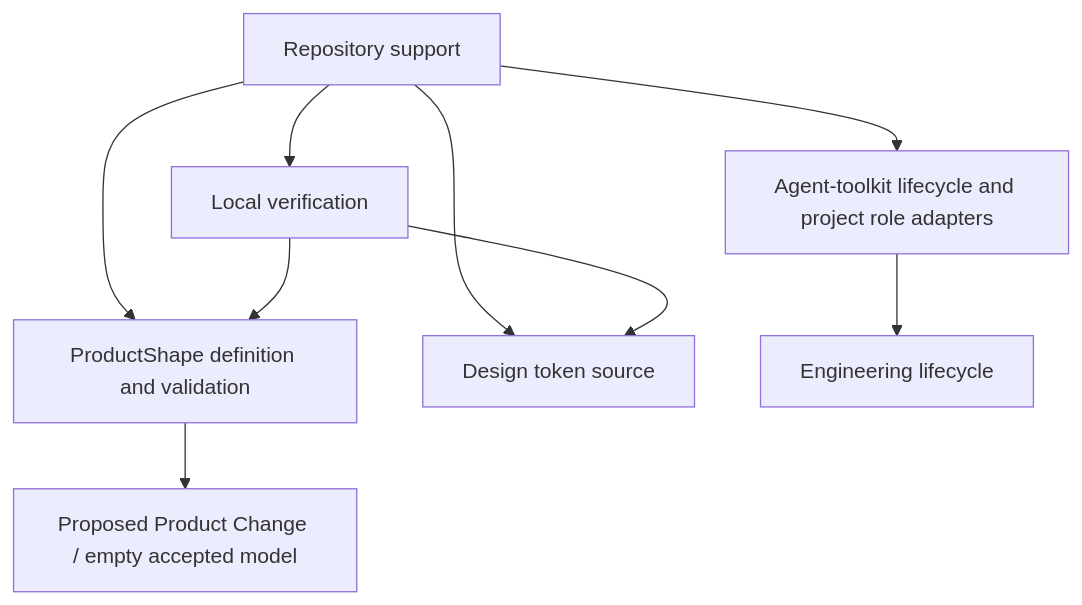
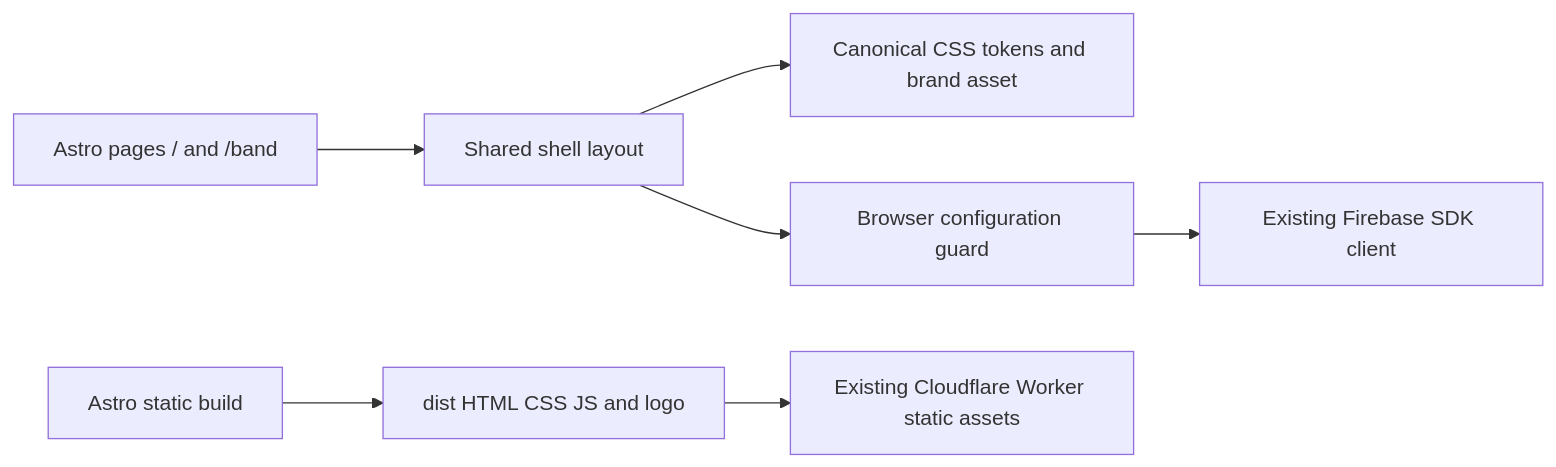
The diagram in docs/architecture/05-building-block-view.md (juangcarmona/pintatonica), drawn with Mermaid before and after one commit. The commit also changed other lines of this file and 46 other files, not shown here.

````diff
--- a/docs/architecture/05-building-block-view.md
+++ b/docs/architecture/05-building-block-view.md
@@ -15,11 +11,9 @@
 ```mermaid
-flowchart TB
-    Repo["Repository support"] --> Product["ProductShape definition and validation"]
-    Repo --> Delivery["Agent-toolkit lifecycle and project role adapters"]
-    Repo --> Design["Design token source"]
-    Repo --> Verification["Local verification"]
-    Product --> Intent["Proposed Product Change / empty accepted model"]
-    Delivery --> Contract["Engineering lifecycle"]
-    Verification --> Product
-    Verification --> Design
+flowchart LR
+    Pages["Astro pages / and /band"] --> Layout["Shared shell layout"]
+    Layout --> Tokens["Canonical CSS tokens and brand asset"]
+    Layout --> Guard["Browser configuration guard"]
+    Guard --> SDK["Existing Firebase SDK client"]
+    Build["Astro static build"] --> Assets["dist HTML CSS JS and logo"]
+    Assets --> Host["Existing Cloudflare Worker static assets"]
 ```
````
